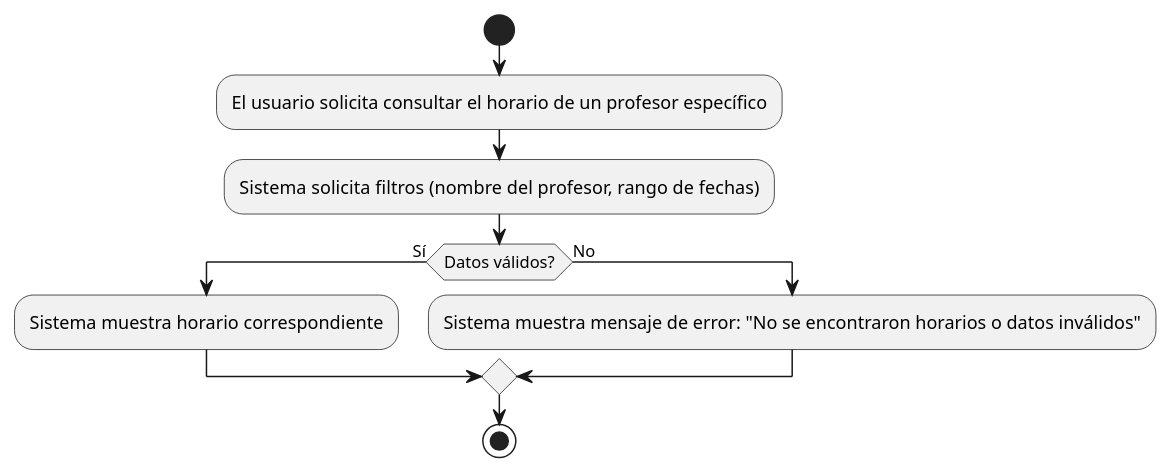
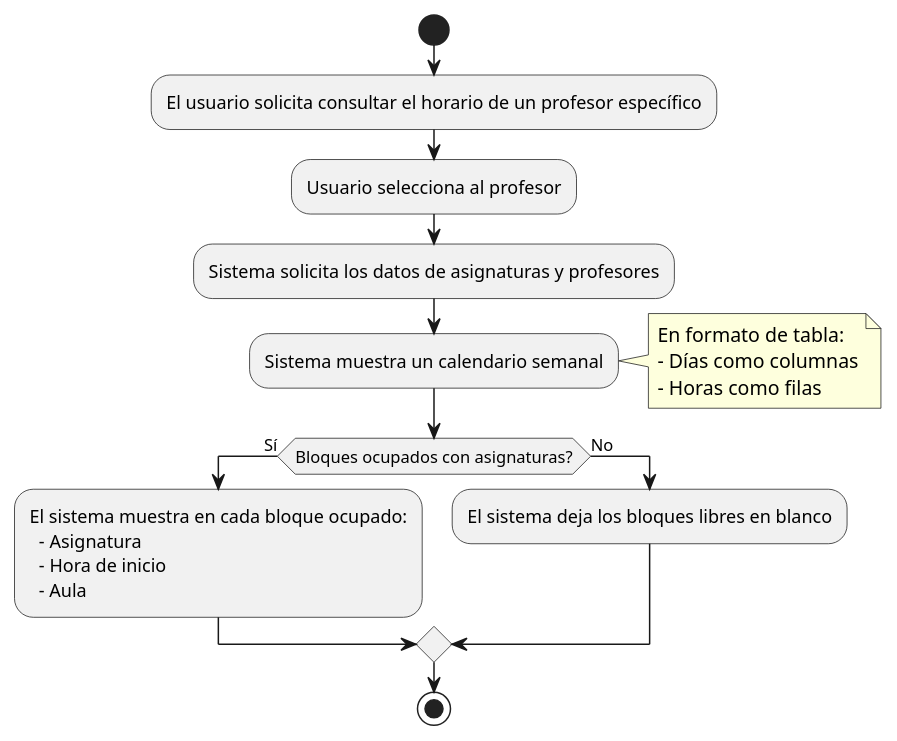
Before and after one commit to mmasias/24-25-IdSw1-SDR: the diagram in casosDeUso/plantUML/ConsultarHorarioProfesor.puml, drawn with PlantUML. The commit also changed 15 other files, not shown here.

Commit message:
Mejore los casos de uso y diagramas

```diff
--- a/casosDeUso/plantUML/ConsultarHorarioProfesor.puml
+++ b/casosDeUso/plantUML/ConsultarHorarioProfesor.puml
@@ -1,11 +1,21 @@
 @startuml
 start
 :El usuario solicita consultar el horario de un profesor específico;
-:Sistema solicita filtros (nombre del profesor, rango de fechas);
-if (Datos válidos?) then (Sí)
-  :Sistema muestra horario correspondiente;
+:Usuario selecciona al profesor;
+:Sistema solicita los datos de asignaturas y profesores;
+:Sistema muestra un calendario semanal;
+note right
+En formato de tabla:
+- Días como columnas
+- Horas como filas
+end note
+if (Bloques ocupados con asignaturas?) then (Sí)
+  :El sistema muestra en cada bloque ocupado:
+    - Asignatura
+    - Hora de inicio
+    - Aula;
 else (No)
-  :Sistema muestra mensaje de error: "No se encontraron horarios o datos inválidos";
+  :El sistema deja los bloques libres en blanco;
 endif
 stop
 @enduml
```
